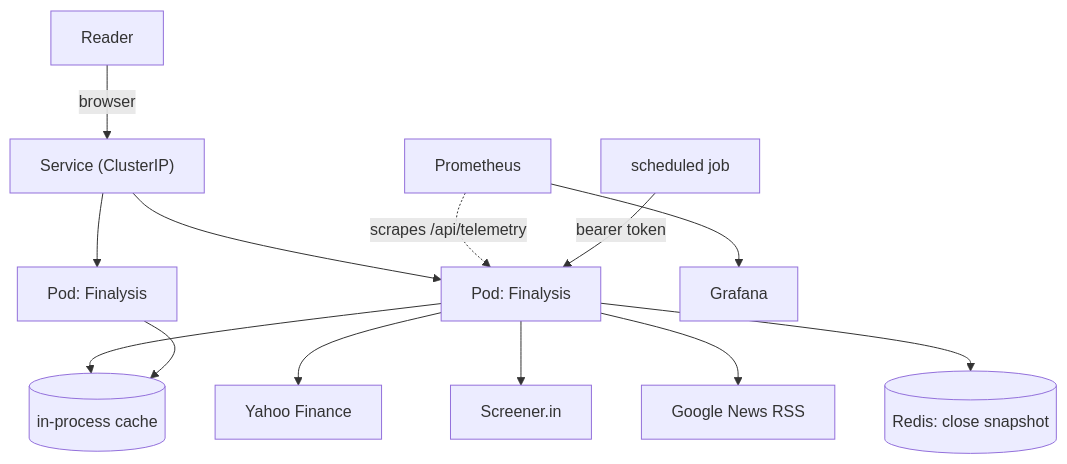
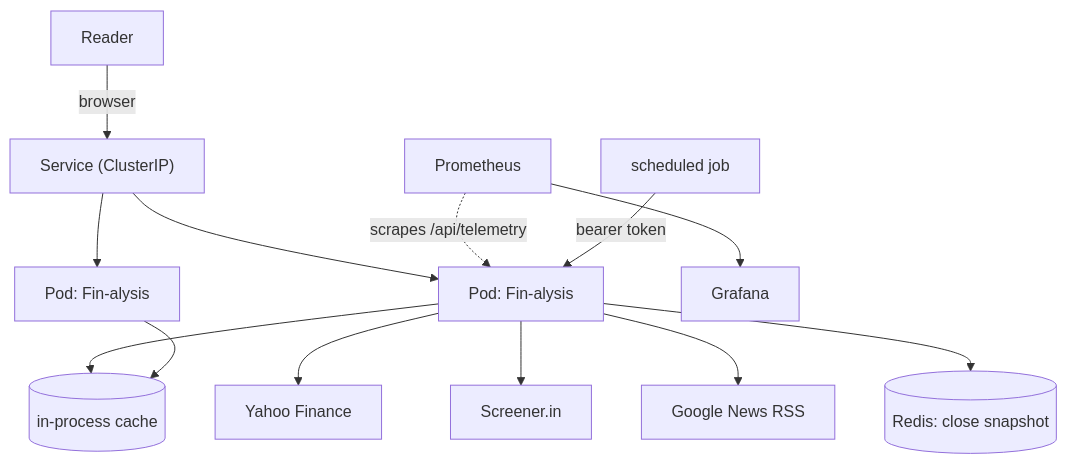
The diagram in deploy/README.md (raunakdey-07/finalysis_2.0), drawn with Mermaid before and after one commit. The commit also changed other lines of this file and 34 other files, not shown here.

First line of the commit message:
docs: finish the Fin-alysis rename where the brand is user-visible

````diff
--- a/deploy/README.md
+++ b/deploy/README.md
@@ -15,15 +15,15 @@
 ```mermaid
 flowchart TD
   Reader -->|browser| Svc["Service (ClusterIP)"]
-  Svc --> Pod1["Pod: Finalysis"]
-  Svc --> Pod2["Pod: Finalysis"]
+  Svc --> Pod1["Pod: Fin-alysis"]
+  Svc --> Pod2["Pod: Fin-alysis"]
   Pod1 --> Cache[(in-process cache)]
   Pod2 --> Cache
   Pod1 --> Yahoo["Yahoo Finance"]
   Pod1 --> Screener["Screener.in"]
   Pod1 --> News["Google News RSS"]
   Prom["Prometheus"] -.->|scrapes /api/telemetry| Pod1
   Prom --> Graf["Grafana"]
   Cron["scheduled job"] -->|bearer token| Pod1
   Pod1 --> Redis[("Redis: close snapshot")]
 ```
````
